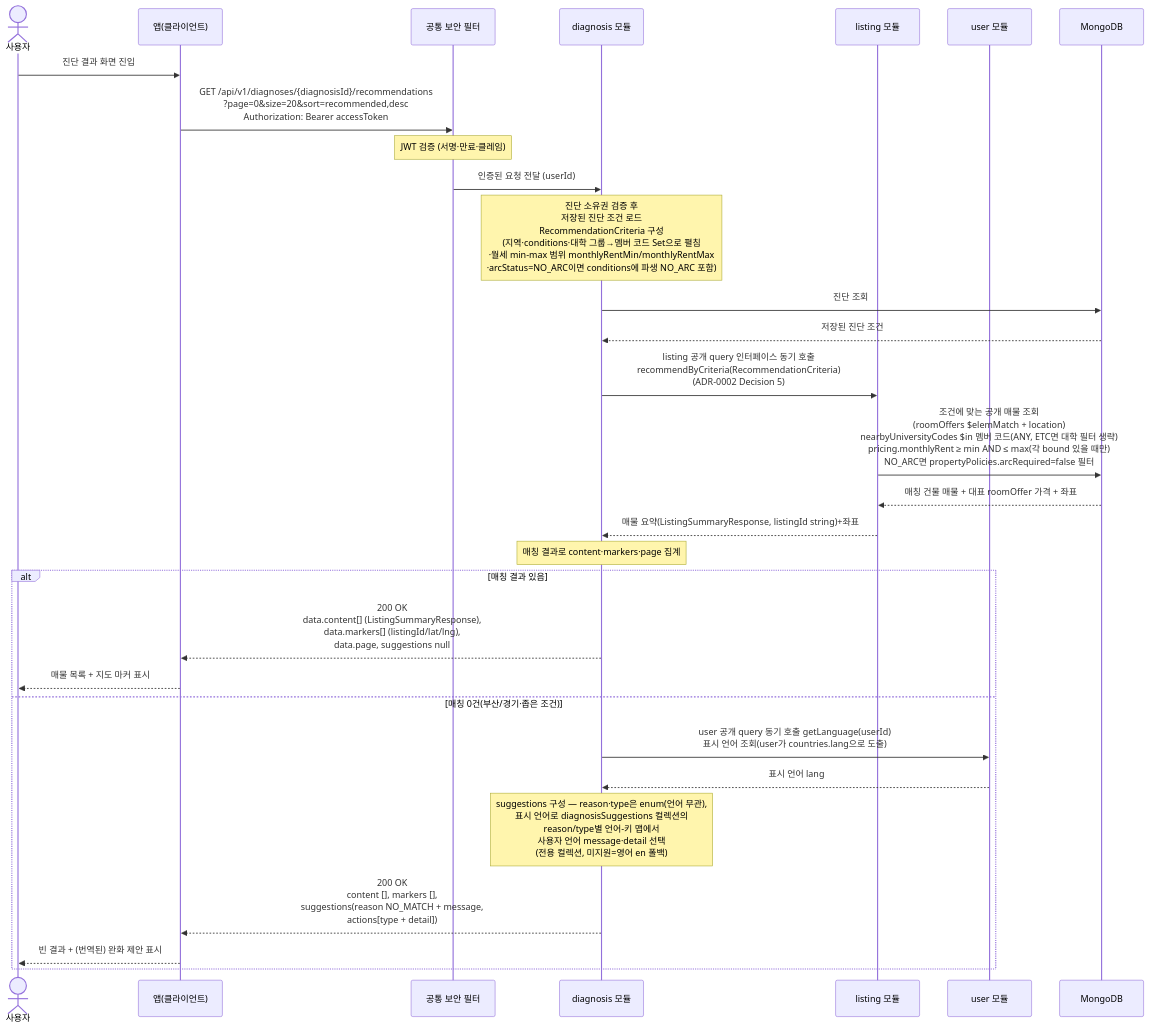
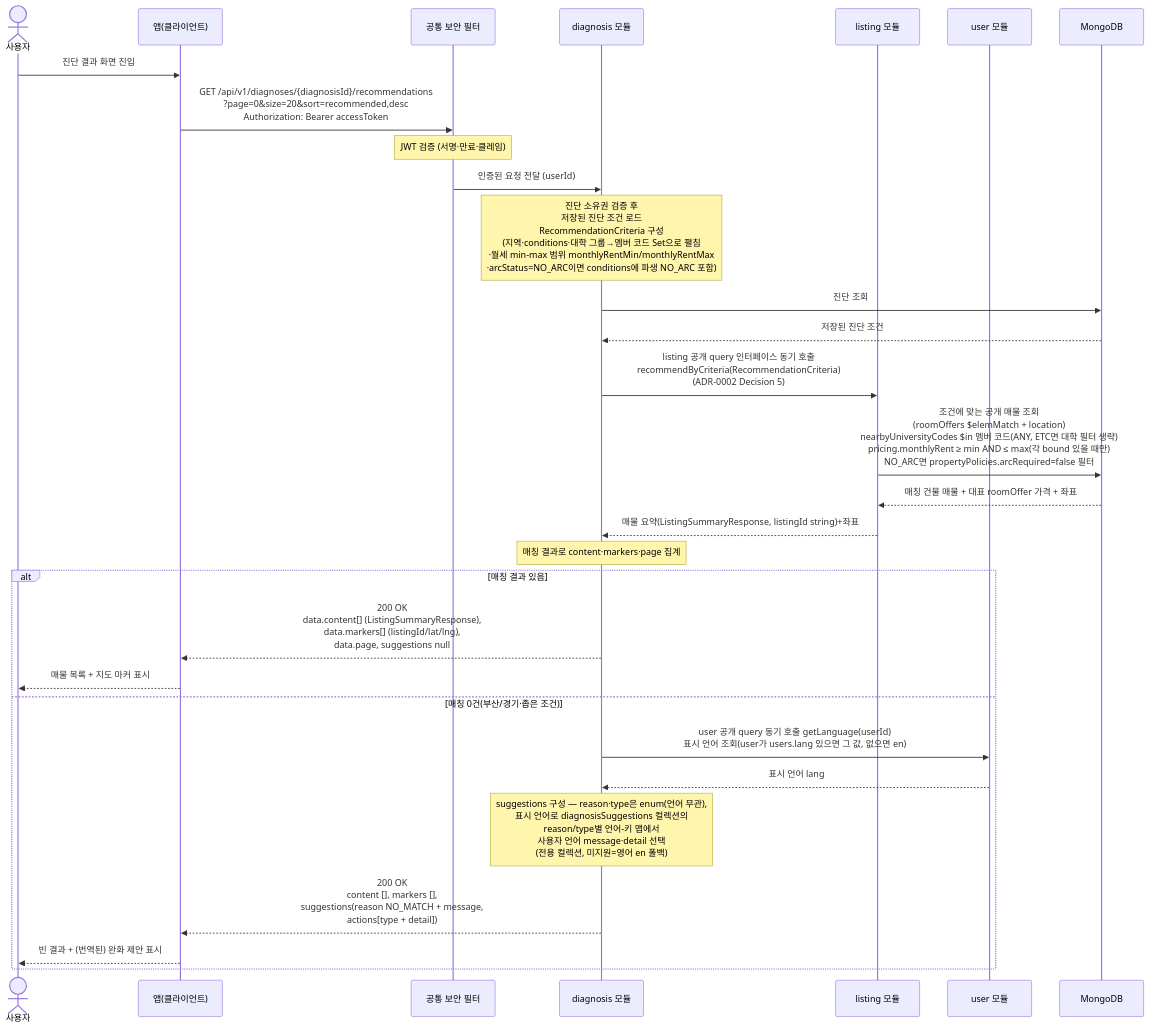
Before and after one commit to jameskim9509/Kohere-backend: the diagram in docs/architecture/sequence-diagrams/02-diagnosis-recommendation/us-2-2-recommendations.md, drawn with Mermaid. The commit also changed other lines of this file and 27 other files, not shown here.

First line of the commit message:
docs(user): 표시 언어를 사용자 선택(users.lang) 기준으로 개정

````diff
--- a/docs/architecture/sequence-diagrams/02-diagnosis-recommendation/us-2-2-recommendations.md
+++ b/docs/architecture/sequence-diagrams/02-diagnosis-recommendation/us-2-2-recommendations.md
@@ -5,33 +5,33 @@
 ```mermaid
 sequenceDiagram
     actor U as 사용자
     participant C as 앱(클라이언트)
     participant SEC as 공통 보안 필터
     participant DIAG as diagnosis 모듈
     participant LIST as listing 모듈
     participant USER as user 모듈
     participant DB as MongoDB
 
     U->>C: 진단 결과 화면 진입
     C->>SEC: GET /api/v1/diagnoses/{diagnosisId}/recommendations<br/>?page=0&size=20&sort=recommended,desc<br/>Authorization: Bearer accessToken
     Note over SEC: JWT 검증 (서명·만료·클레임)
     SEC->>DIAG: 인증된 요청 전달 (userId)
     Note over DIAG: 진단 소유권 검증 후<br/>저장된 진단 조건 로드<br/>RecommendationCriteria 구성<br/>(지역·conditions·대학 그룹→멤버 코드 Set으로 펼침<br/>·월세 min-max 범위 monthlyRentMin/monthlyRentMax<br/>·arcStatus=NO_ARC이면 conditions에 파생 NO_ARC 포함)
     DIAG->>DB: 진단 조회
     DB-->>DIAG: 저장된 진단 조건
     DIAG->>LIST: listing 공개 query 인터페이스 동기 호출<br/>recommendByCriteria(RecommendationCriteria)<br/>(ADR-0002 Decision 5)
     LIST->>DB: 조건에 맞는 공개 매물 조회<br/>(roomOffers $elemMatch + location)<br/>nearbyUniversityCodes $in 멤버 코드(ANY, ETC면 대학 필터 생략)<br/>pricing.monthlyRent ≥ min AND ≤ max(각 bound 있을 때만)<br/>NO_ARC면 propertyPolicies.arcRequired=false 필터
     DB-->>LIST: 매칭 건물 매물 + 대표 roomOffer 가격 + 좌표
     LIST-->>DIAG: 매물 요약(ListingSummaryResponse, listingId string)+좌표
     Note over DIAG: 매칭 결과로 content·markers·page 집계
     alt 매칭 결과 있음
         DIAG-->>C: 200 OK<br/>data.content[] (ListingSummaryResponse),<br/>data.markers[] (listingId/lat/lng),<br/>data.page, suggestions null
         C-->>U: 매물 목록 + 지도 마커 표시
     else 매칭 0건(부산/경기·좁은 조건)
-        DIAG->>USER: user 공개 query 동기 호출 getLanguage(userId)<br/>표시 언어 조회(user가 countries.lang으로 도출)
+        DIAG->>USER: user 공개 query 동기 호출 getLanguage(userId)<br/>표시 언어 조회(user가 users.lang 있으면 그 값, 없으면 en)
         USER-->>DIAG: 표시 언어 lang
         Note over DIAG: suggestions 구성 — reason·type은 enum(언어 무관),<br/>표시 언어로 diagnosisSuggestions 컬렉션의<br/>reason/type별 언어-키 맵에서<br/>사용자 언어 message·detail 선택<br/>(전용 컬렉션, 미지원=영어 en 폴백)
         DIAG-->>C: 200 OK<br/>content [], markers [],<br/>suggestions(reason NO_MATCH + message,<br/>actions[type + detail])
         C-->>U: 빈 결과 + (번역된) 완화 제안 표시
     end
 ```
````
